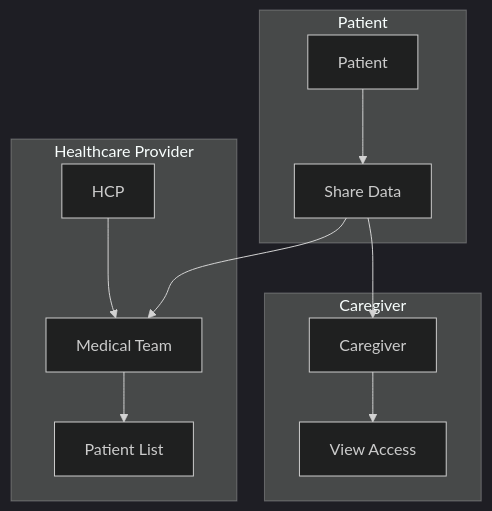
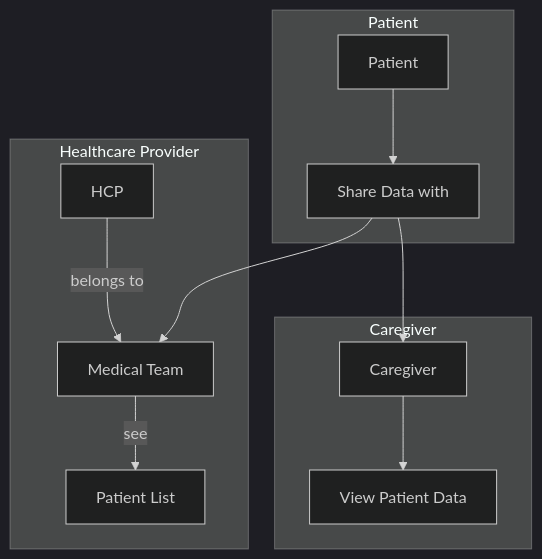
The fourth of 7 diagrams in docs/FeatureOverview.md (mdblp/blip), drawn with Mermaid (dark theme) before and after one commit. The commit also changed other lines of this file and 6 other files, not shown here.

````diff
--- a/docs/FeatureOverview.md
+++ b/docs/FeatureOverview.md
@@ -112,25 +113,25 @@
 ```mermaid
 flowchart TD
     subgraph Patient
         P[Patient]
-        SHARE[Share Data]
+        SHARE[Share Data with]
     end
 
     subgraph HCP["Healthcare Provider"]
         H[HCP]
         TEAM[Medical Team]
         PATIENTS[Patient List]
     end
 
     subgraph Caregiver
         C[Caregiver]
-        ACCESS[View Access]
+        ACCESS[View Patient Data]
     end
 
     P --> SHARE
     SHARE --> TEAM
     SHARE --> C
-    H --> TEAM
-    TEAM --> PATIENTS
+    H -- belongs to --> TEAM
+    TEAM -- see  --> PATIENTS
     C --> ACCESS
 ```
````
